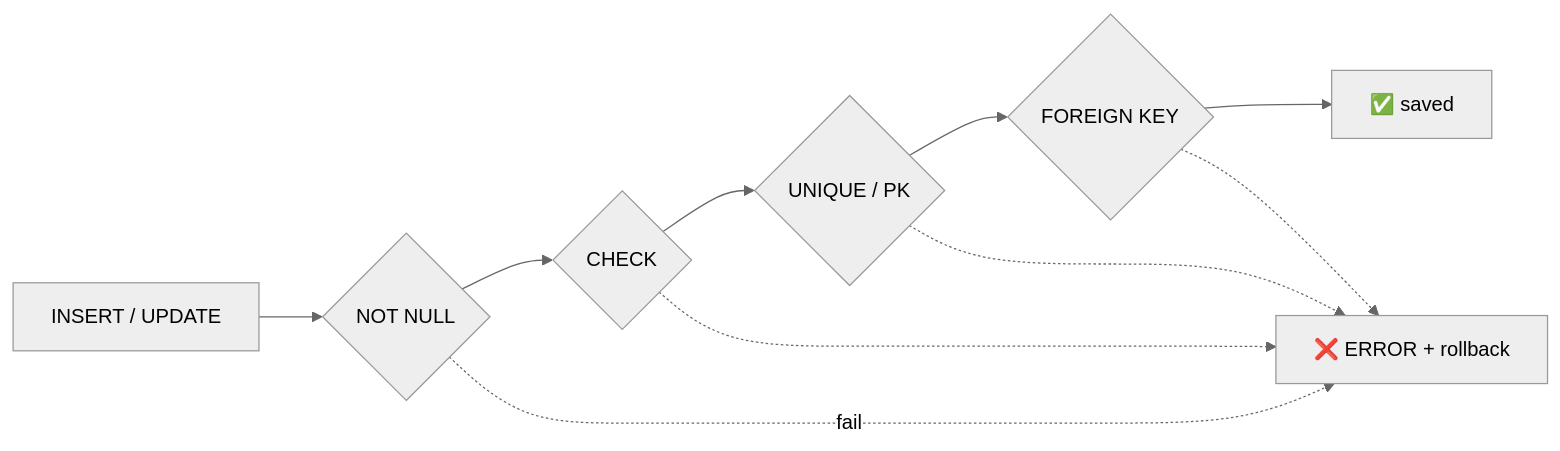
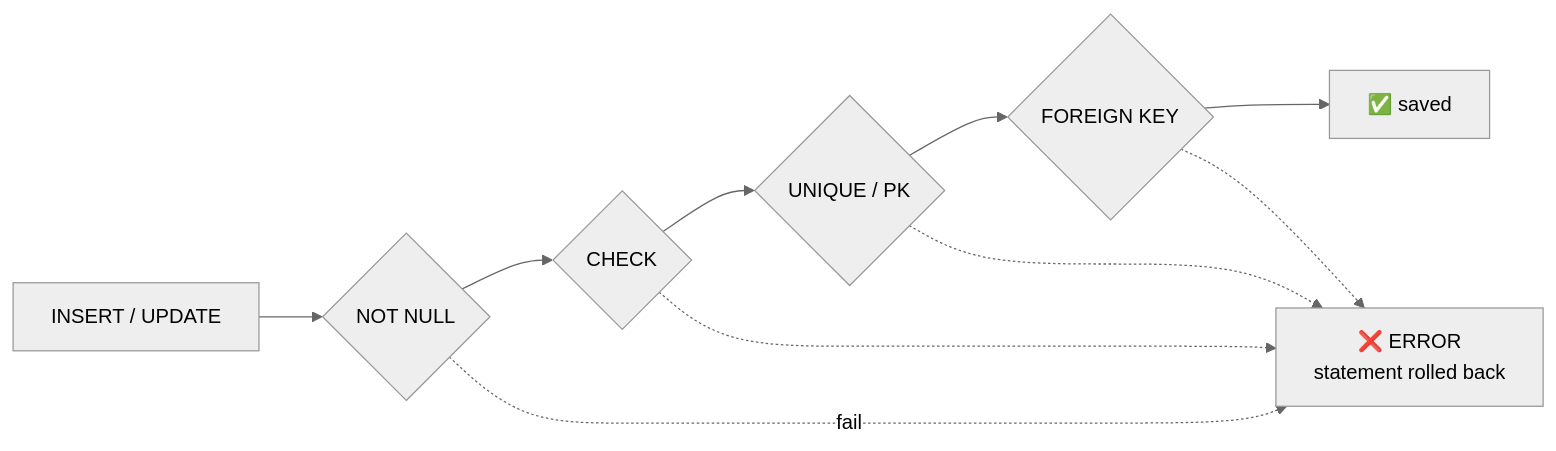
The first of 2 diagrams in Doc/03-data-modeling/02-constraints.md (wesamkhateeb98-creator/postgresql-zero-to-hero), drawn with Mermaid (neutral theme) before and after one commit. The commit also changed other lines of this file and 29 other files, not shown here.

````diff
--- a/Doc/03-data-modeling/02-constraints.md
+++ b/Doc/03-data-modeling/02-constraints.md
@@ -5,8 +5,8 @@
 ```mermaid
 flowchart LR
     I["INSERT / UPDATE"] --> NN{"NOT NULL"} --> CK{"CHECK"} --> UQ{"UNIQUE / PK"} --> FK{"FOREIGN KEY"} --> OK["✅ saved"]
-    NN -.->|"fail"| E["❌ ERROR + rollback"]
+    NN -.->|"fail"| E["❌ ERROR<br/>statement rolled back"]
     CK -.-> E
     UQ -.-> E
     FK -.-> E
 ```
````
